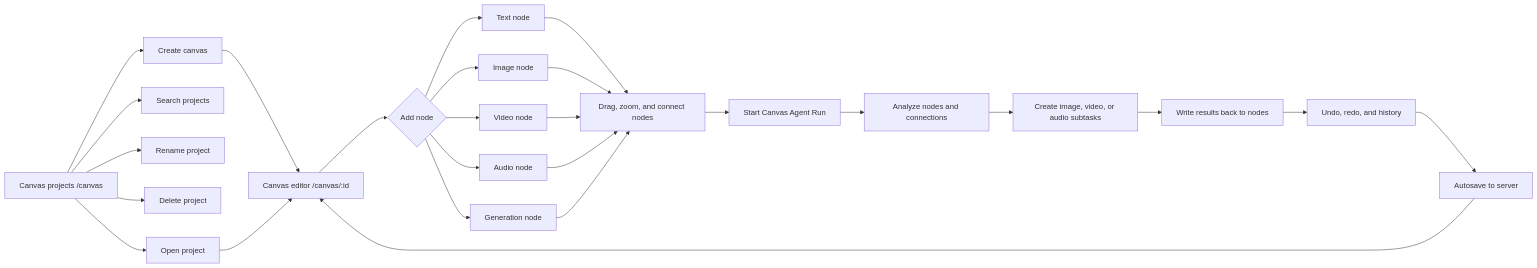
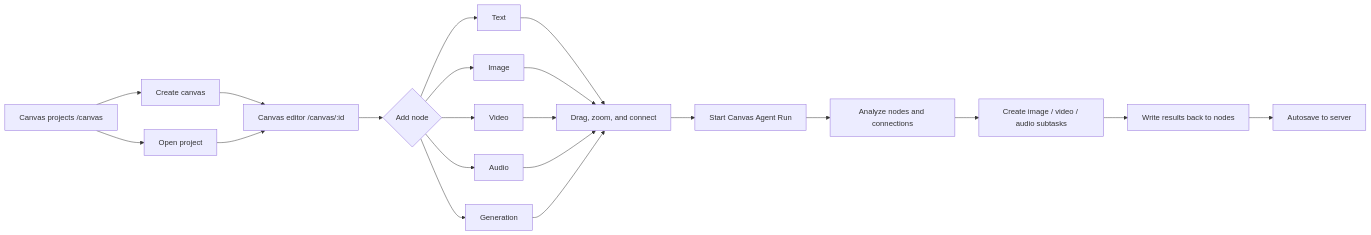
Before and after one commit to jiujiu532/JoveCanvas: the fourth of 9 diagrams in README.en.md, drawn with Mermaid. The commit also changed other lines of this file and 1 other file, not shown here.

````diff
--- a/README.en.md
+++ b/README.en.md
@@ -157,32 +154,26 @@
 ```mermaid
 flowchart LR
     LIST["Canvas projects /canvas"] --> CREATE["Create canvas"]
-    LIST --> SEARCH["Search projects"]
-    LIST --> RENAME["Rename project"]
-    LIST --> DELETE["Delete project"]
     LIST --> OPEN["Open project"]
-
     CREATE --> EDITOR["Canvas editor /canvas/:id"]
     OPEN --> EDITOR
 
     EDITOR --> NODE{"Add node"}
-    NODE --> TEXT["Text node"]
-    NODE --> IMAGE["Image node"]
-    NODE --> VIDEO["Video node"]
-    NODE --> AUDIO["Audio node"]
-    NODE --> GENERATE["Generation node"]
+    NODE --> TEXT["Text"]
+    NODE --> IMAGE["Image"]
+    NODE --> VIDEO["Video"]
+    NODE --> AUDIO["Audio"]
+    NODE --> GENERATE["Generation"]
 
-    TEXT --> CONNECT["Drag, zoom, and connect nodes"]
+    TEXT --> CONNECT["Drag, zoom, and connect"]
     IMAGE --> CONNECT
     VIDEO --> CONNECT
     AUDIO --> CONNECT
     GENERATE --> CONNECT
 
     CONNECT --> AGENT["Start Canvas Agent Run"]
     AGENT --> PLAN["Analyze nodes and connections"]
-    PLAN --> TASK["Create image, video, or audio subtasks"]
+    PLAN --> TASK["Create image / video / audio subtasks"]
     TASK --> RESULT["Write results back to nodes"]
-    RESULT --> HISTORY["Undo, redo, and history"]
-    HISTORY --> SAVE["Autosave to server"]
-    SAVE --> EDITOR
+    RESULT --> SAVE["Autosave to server"]
 ```
````
